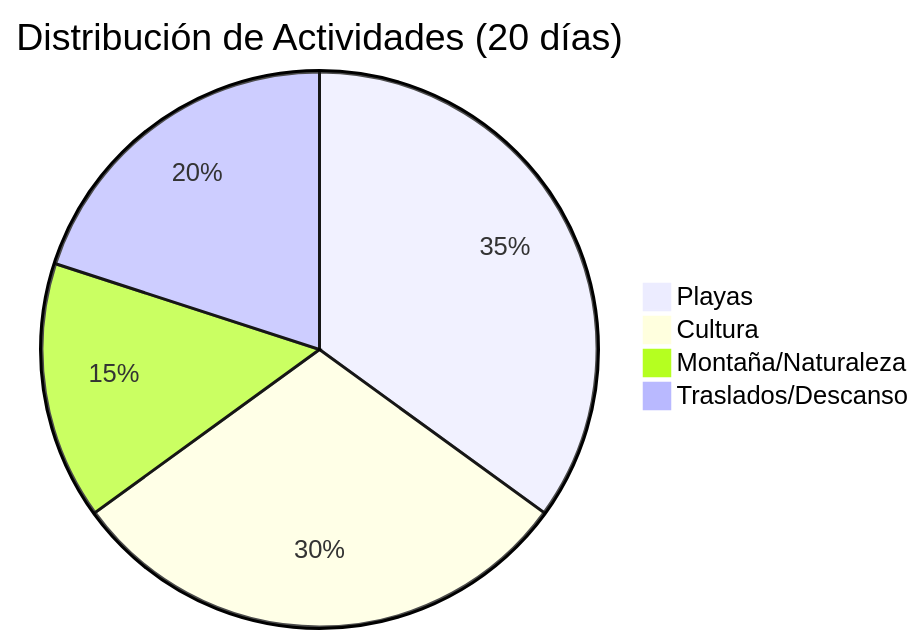
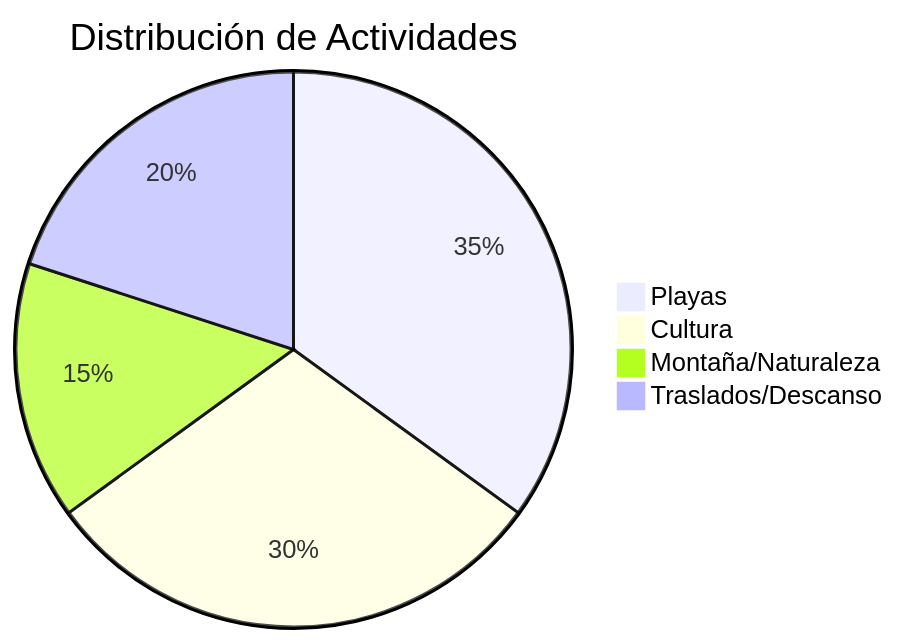
One commit to carlosrodlop/carlosrodlop-docs changed the third of 4 diagrams in trips/Portugal_2025.md. Above: the diagram before and after it, drawn with Mermaid. The commit also changed other lines of this file, not shown here.

````diff
--- a/trips/Portugal_2025.md
+++ b/trips/Portugal_2025.md
@@ -217,7 +318,7 @@
 ```mermaid
-pie title Distribución de Actividades (20 días)
-    "Playas" : 7
-    "Cultura" : 6
-    "Montaña/Naturaleza" : 3
-    "Traslados/Descanso" : 4
+pie title Distribución de Actividades
+    "Playas" : 35
+    "Cultura" : 30
+    "Montaña/Naturaleza" : 15
+    "Traslados/Descanso" : 20
 ```
````
